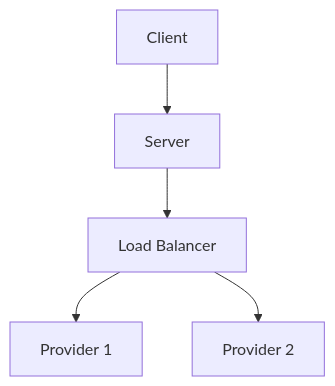
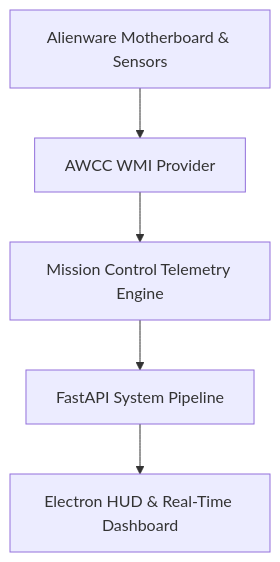
One commit to arnab825/Mission-Control changed the first of 2 diagrams in Gaming/docs/changes_summary.md. Above: the diagram before and after it, drawn with Mermaid. The commit also changed other lines of this file, not shown here.

Commit message:
docs: add comprehensive project changelog detailing version history and major architectural milestones

````diff
--- a/Gaming/docs/changes_summary.md
+++ b/Gaming/docs/changes_summary.md
@@ -1211,7 +23,7 @@
 ```mermaid
 graph TD
-  A[Client] --> B[Server]
-  B --> C[Load Balancer]
-  C --> D[Provider 1]
-  C --> E[Provider 2]
+    A["Alienware Motherboard & Sensors"] --> B["AWCC WMI Provider"]
+    B --> C["Mission Control Telemetry Engine"]
+    C --> D["FastAPI System Pipeline"]
+    D --> E["Electron HUD & Real-Time Dashboard"]
 ```
````
